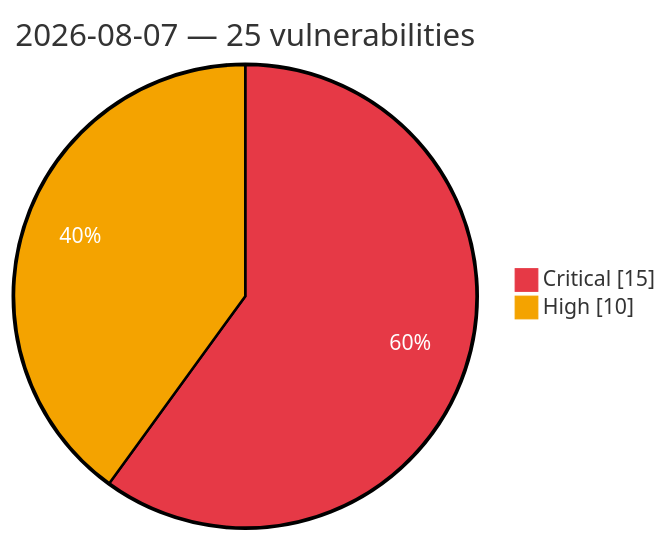
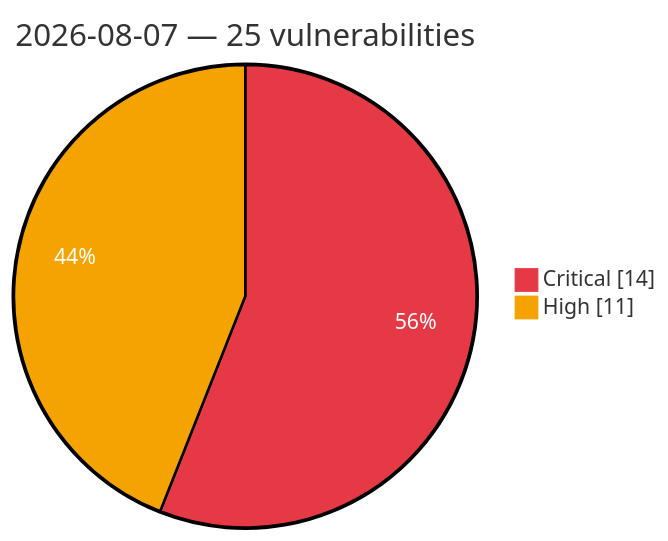
The diagram in vulnerabilities/2026-08-07.md (GhostX0X/vuln-tracker), drawn with Mermaid before and after one commit. The commit also changed other lines of this file and 1 other file, not shown here.

Commit message:
Auto update: critical/high vulns (2026-08-07 15:35 UTC)

````diff
--- a/vulnerabilities/2026-08-07.md
+++ b/vulnerabilities/2026-08-07.md
@@ -3,7 +3,7 @@
 ```mermaid
 %%{init: {'theme':'base', 'themeVariables': {'pie1':'#e63946', 'pie2':'#f4a300', 'pieOpacity':'1', 'pieOuterStrokeWidth':'2px', 'pieSectionTextColor':'#ffffff'}}}%%
 pie showData
     title 2026-08-07 — 25 vulnerabilities
-    "Critical" : 15
-    "High" : 10
+    "Critical" : 14
+    "High" : 11
 ```
````
